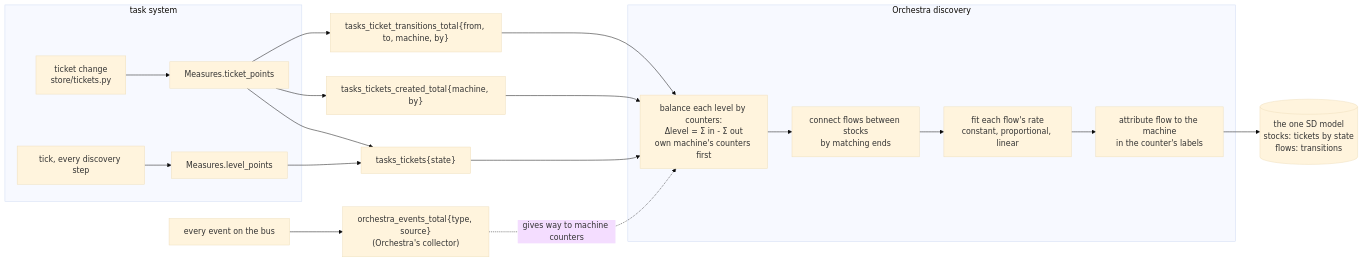
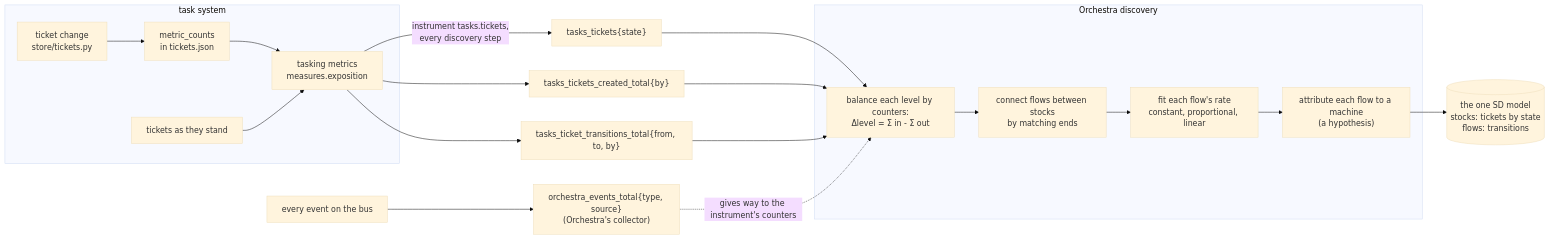
One commit to danroblewis/orchestra-tasking changed the seventh of 7 diagrams in ARCHITECTURE.md. Above: the diagram before and after it, drawn with Mermaid (base theme). The commit also changed other lines of this file and 38 other files, not shown here.

````diff
--- a/ARCHITECTURE.md
+++ b/ARCHITECTURE.md
@@ -755,24 +835,24 @@
 ```mermaid
 flowchart LR
     subgraph tasking ["task system"]
-        CH["ticket change<br/>store/tickets.py"] --> MS["Measures.ticket_points"]
-        TK["tick, every discovery step"] --> LV["Measures.level_points"]
+        CH["ticket change<br/>store/tickets.py"] --> MC["metric_counts<br/>in tickets.json"]
+        MC --> EX["tasking metrics<br/>measures.exposition"]
+        TJ["tickets as they stand"] --> EX
     end
-    MS --> L["tasks_tickets{state}"]
-    LV --> L
-    MS --> C1["tasks_tickets_created_total{machine, by}"]
-    MS --> C2["tasks_ticket_transitions_total{from, to, machine, by}"]
+    EX -- "instrument tasks.tickets,<br/>every discovery step" --> L["tasks_tickets{state}"]
+    EX --> C1["tasks_tickets_created_total{by}"]
+    EX --> C2["tasks_ticket_transitions_total{from, to, by}"]
     EV["every event on the bus"] --> OE["orchestra_events_total{type, source}<br/>(Orchestra's collector)"]
     subgraph orch ["Orchestra discovery"]
-        BAL["balance each level by counters:<br/>Δlevel = Σ in - Σ out<br/>own machine's counters first"]
+        BAL["balance each level by counters:<br/>Δlevel = Σ in - Σ out"]
         FL["connect flows between stocks<br/>by matching ends"]
         FIT["fit each flow's rate<br/>constant, proportional, linear"]
-        ATT["attribute flow to the machine<br/>in the counter's labels"]
+        ATT["attribute each flow to a machine<br/>(a hypothesis)"]
         BAL --> FL --> FIT --> ATT
     end
     L --> BAL
     C1 --> BAL
     C2 --> BAL
-    OE -. gives way to machine counters .-> BAL
+    OE -. gives way to the instrument's counters .-> BAL
     ATT --> MODEL[("the one SD model<br/>stocks: tickets by state<br/>flows: transitions")]
 ```
````
